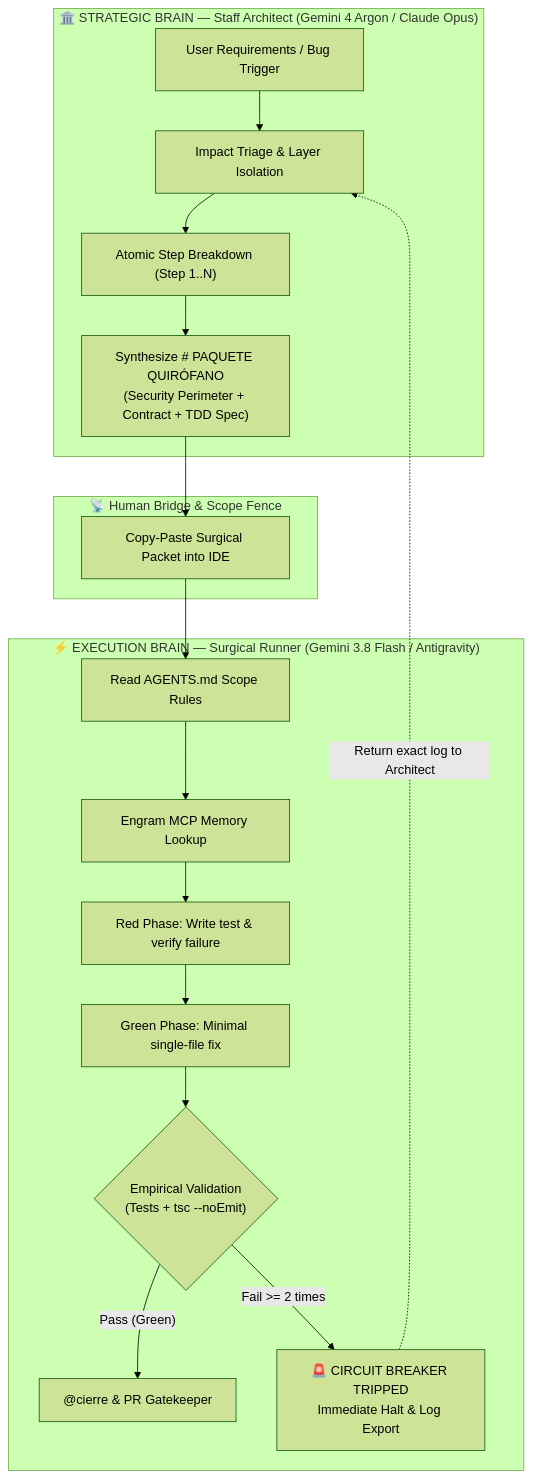
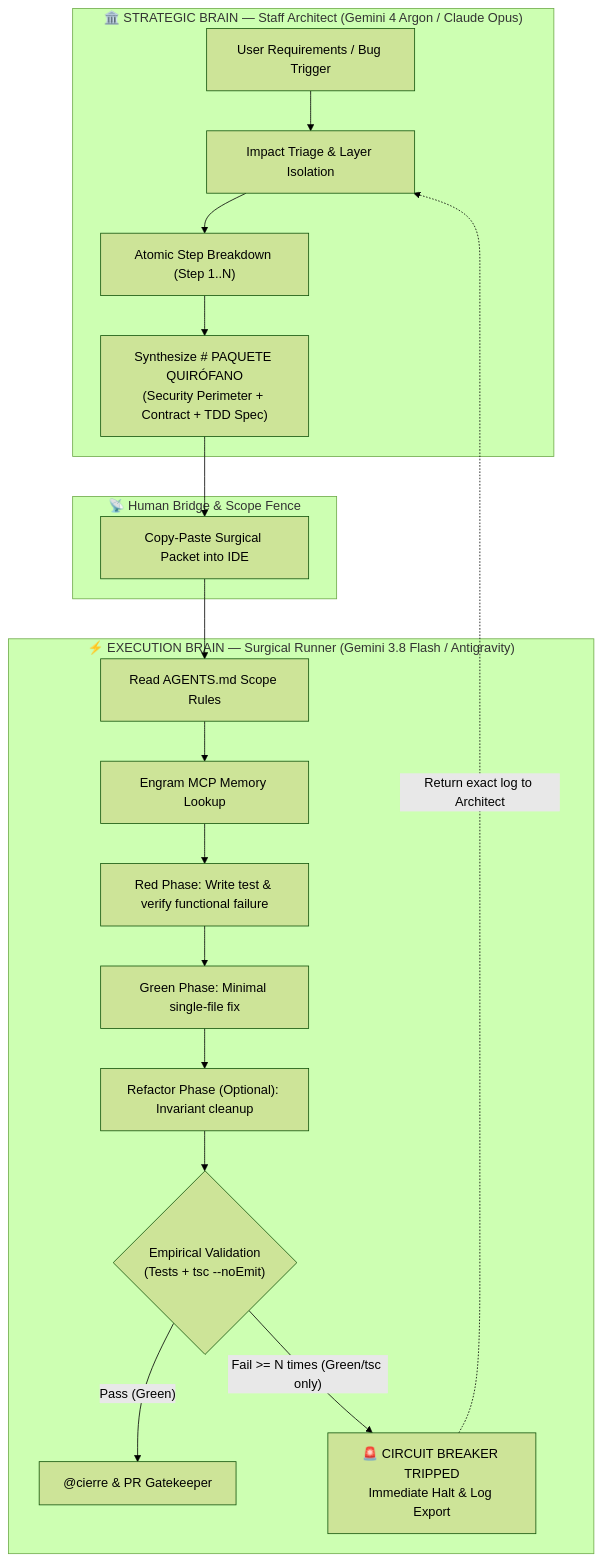
The first of 2 diagrams in README.md (TodoTobi/gentle-ai-harness), drawn with Mermaid (forest theme) before and after one commit. The commit also changed other lines of this file and 6 other files, not shown here.

````diff
--- a/README.md
+++ b/README.md
@@ -48,24 +48,25 @@
 ```mermaid
 flowchart TD
     subgraph Lead ["🏛️ STRATEGIC BRAIN — Staff Architect (Gemini 4 Argon / Claude Opus)"]
         A1["User Requirements / Bug Trigger"] --> A2["Impact Triage & Layer Isolation"]
         A2 --> A3["Atomic Step Breakdown (Step 1..N)"]
         A3 --> A4["Synthesize # PAQUETE QUIRÓFANO\n(Security Perimeter + Contract + TDD Spec)"]
     end
 
     subgraph Channel ["📡 Human Bridge & Scope Fence"]
         A4 --> B1["Copy-Paste Surgical Packet into IDE"]
     end
 
     subgraph Executor ["⚡ EXECUTION BRAIN — Surgical Runner (Gemini 3.8 Flash / Antigravity)"]
         B1 --> C1["Read AGENTS.md Scope Rules"]
         C1 --> C2["Engram MCP Memory Lookup"]
-        C2 --> C3["Red Phase: Write test & verify failure"]
+        C2 --> C3["Red Phase: Write test & verify functional failure"]
         C3 --> C4["Green Phase: Minimal single-file fix"]
-        C4 --> C5{"Empirical Validation\n(Tests + tsc --noEmit)"}
+        C4 --> C4R["Refactor Phase (Optional): Invariant cleanup"]
+        C4R --> C5{"Empirical Validation\n(Tests + tsc --noEmit)"}
         C5 -- "Pass (Green)" --> C6["@cierre & PR Gatekeeper"]
-        C5 -- "Fail >= 2 times" --> CB["🚨 CIRCUIT BREAKER TRIPPED\nImmediate Halt & Log Export"]
+        C5 -- "Fail >= N times (Green/tsc only)" --> CB["🚨 CIRCUIT BREAKER TRIPPED\nImmediate Halt & Log Export"]
     end
 
     CB -.->|"Return exact log to Architect"| A2
 ```
````
